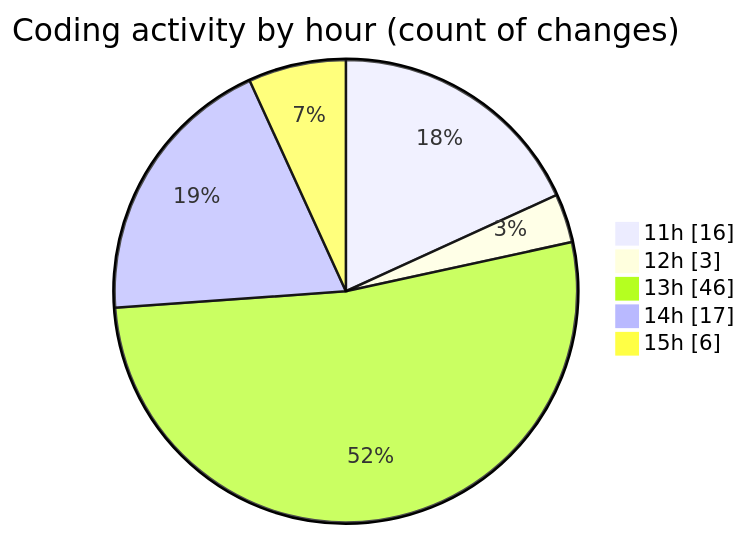
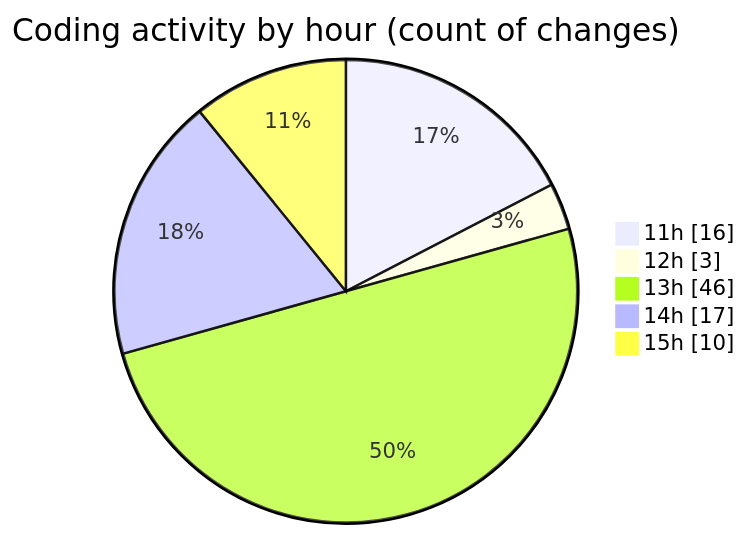
The second of 2 diagrams in 2025-07-08/argos/README.md (nxtqubesakshisongat/code-tracking), drawn with Mermaid before and after one commit. The commit also changed other lines of this file and 1 other file, not shown here.

````diff
--- a/2025-07-08/argos/README.md
+++ b/2025-07-08/argos/README.md
@@ -33,9 +34,9 @@
 ```mermaid
 pie showData
 title Coding activity by hour (count of changes)
 "11h" : 16
 "12h" : 3
 "13h" : 46
 "14h" : 17
-"15h" : 6
+"15h" : 10
 ```
````
